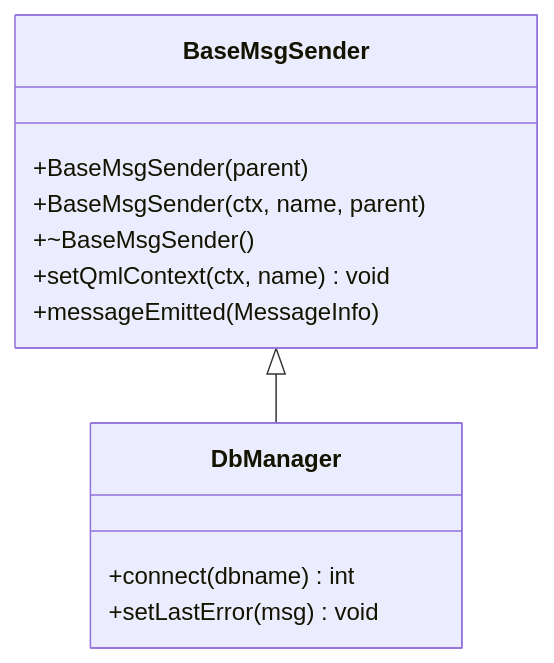
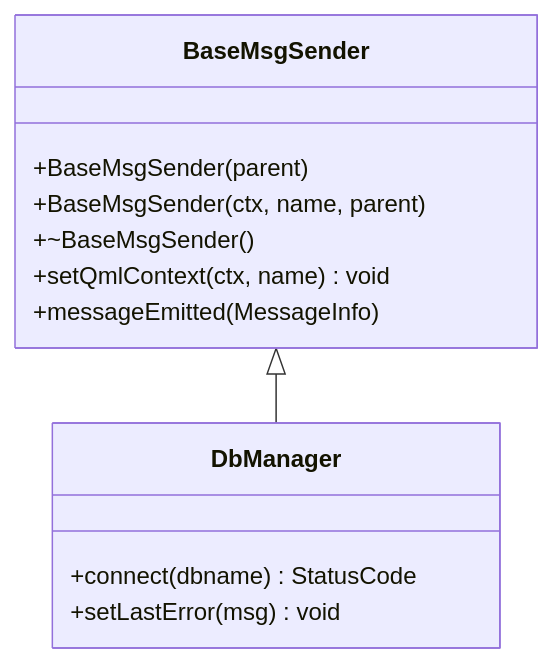
The fourth of 8 diagrams in .qoder/repowiki/zh/content/核心模块/消息中心模块.md (ihula/QmlPlugins), drawn with Mermaid before and after one commit. The commit also changed other lines of this file and 13 other files, not shown here.

````diff
--- a/.qoder/repowiki/zh/content/核心模块/消息中心模块.md
+++ b/.qoder/repowiki/zh/content/核心模块/消息中心模块.md
@@ -186,15 +180,15 @@
 ```mermaid
 classDiagram
 class BaseMsgSender {
 +BaseMsgSender(parent)
 +BaseMsgSender(ctx, name, parent)
 +~BaseMsgSender()
 +setQmlContext(ctx, name) void
 +messageEmitted(MessageInfo)
 }
 class DbManager {
-+connect(dbname) int
++connect(dbname) StatusCode
 +setLastError(msg) void
 }
 BaseMsgSender <|-- DbManager
 ```
````
